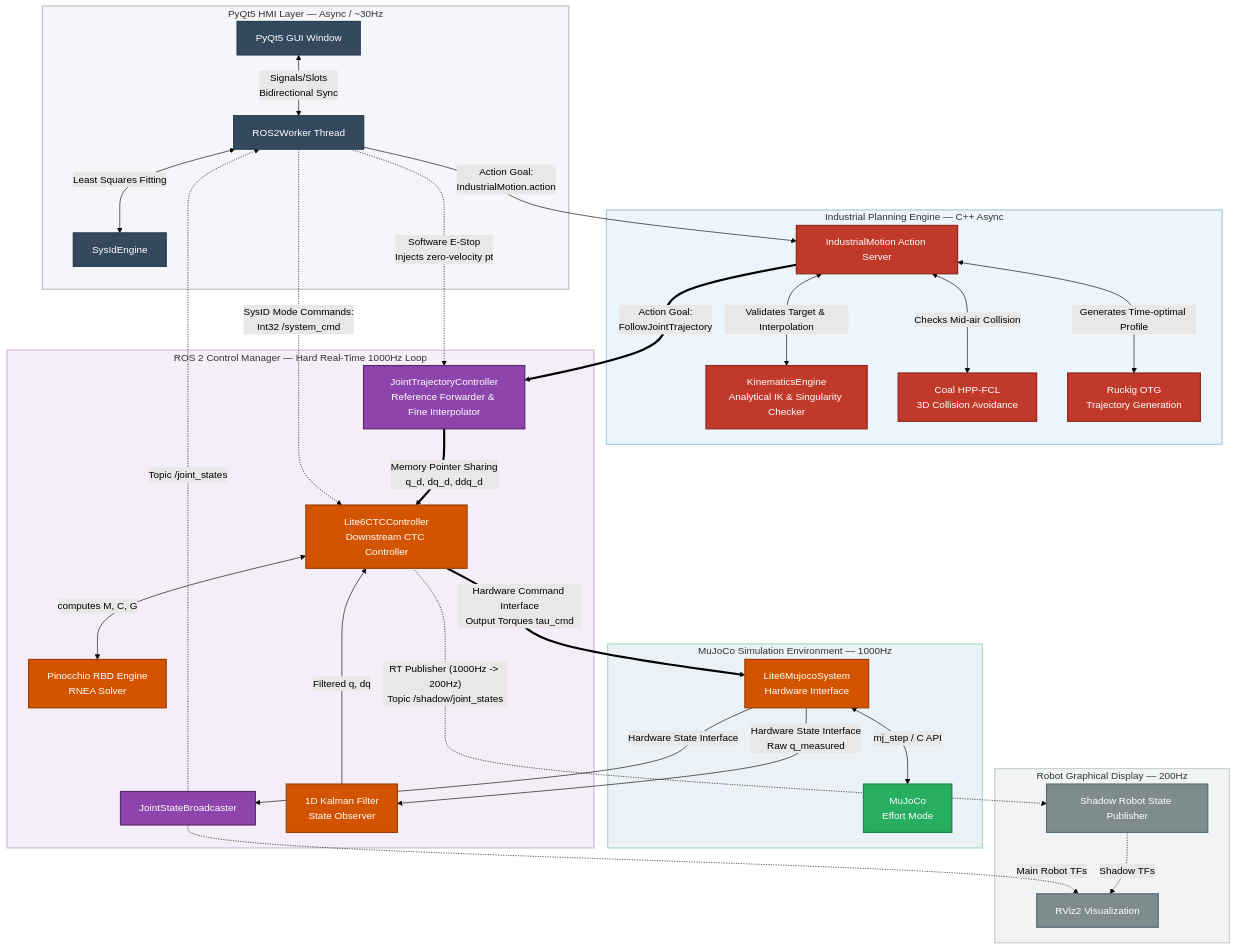
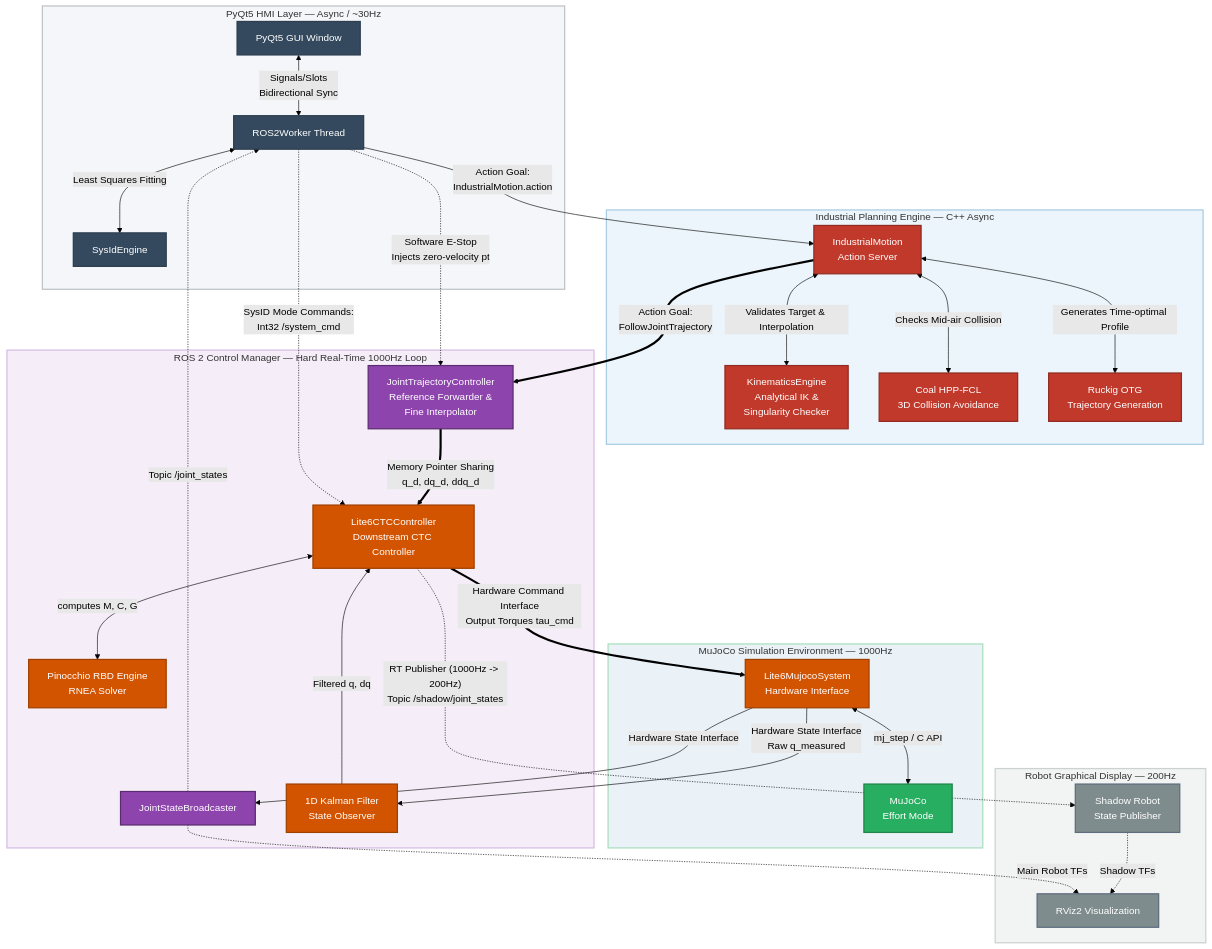
Before and after one commit to Tianyi-Wang-1206/Deterministic-Motion-Planning-and-Dynamics-Control-Framework-for-Lightweight-6-Axis-Robotic-Arms: the diagram in README.md, drawn with Mermaid (forest theme).

```diff
--- a/README.md
+++ b/README.md
@@ -58,8 +58,8 @@
 
     %% Subgraph: Custom Industrial Planning Engine
     subgraph Sub_Planner [Industrial Planning Engine — C++ Async]
-        Action[IndustrialMotion Action Server]:::Planner
-        KinEngine[KinematicsEngine<br/>Analytical IK & Singularity Checker]:::Planner
+        Action[IndustrialMotion<br/>Action Server]:::Planner
+        KinEngine[KinematicsEngine<br/>Analytical IK &<br/>Singularity Checker]:::Planner
         Coal[Coal HPP-FCL<br/>3D Collision Avoidance]:::Planner
         Ruckig[Ruckig OTG<br/>Trajectory Generation]:::Planner
         
@@ -70,7 +70,7 @@
 
     %% Subgraph: Hard Real-Time ROS 2 Control Loop (1000Hz)
     subgraph Sub_R2C [ROS 2 Control Manager — Hard Real-Time 1000Hz Loop]
-        JTC[JointTrajectoryController<br/>Reference Forwarder & Fine Interpolator]:::R2C
+        JTC[JointTrajectoryController<br/>Reference Forwarder &<br/>Fine Interpolator]:::R2C
         CTC[Lite6CTCController<br/>Downstream CTC Controller]:::Custom
         JSB[JointStateBroadcaster]:::R2C
         KF[1D Kalman Filter<br/>State Observer]:::Custom
@@ -91,7 +91,7 @@
 
     %% Subgraph: Shadow Robot Twin (Visualization Helper)
     subgraph Sub_Display [Robot Graphical Display — 200Hz]
-        ShadowRSP[Shadow Robot State Publisher]:::Util
+        ShadowRSP[Shadow Robot<br/>State Publisher]:::Util
         RViz[RViz2 Visualization]:::Util
     end
 
```
